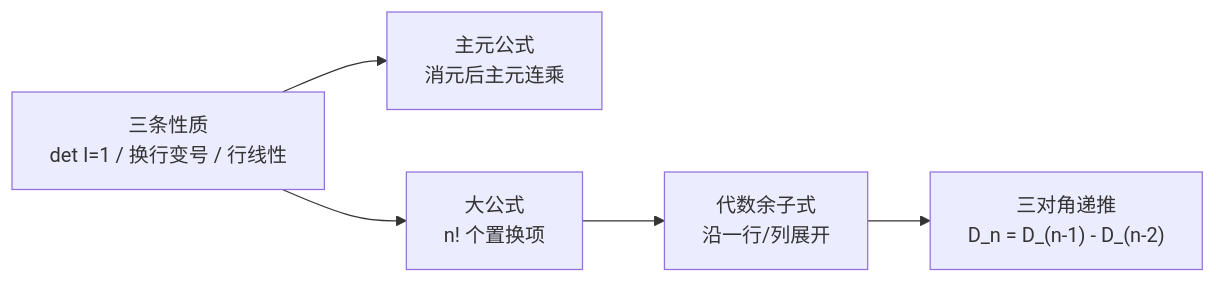
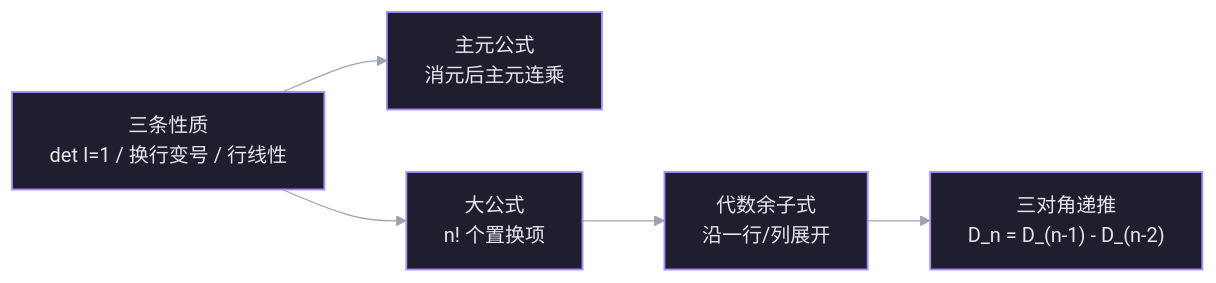
Before and after one commit to Korotomx/STD: the diagram in Math/Linear Algebra/STDY/L17 行列式公式与代数余子式.md, drawn with Mermaid. The commit also changed 51 other files, not shown here.

````diff
--- a/Math/Linear Algebra/STDY/L17 行列式公式与代数余子式.md
+++ b/Math/Linear Algebra/STDY/L17 行列式公式与代数余子式.md
@@ -230,7 +230,10 @@
 ```mermaid
+%%{init: {'theme':'base','themeCSS':'.nodeLabel{color:#E5E7EB!important;fill:#E5E7EB!important}.edgeLabel p{background-color:#131312!important}.edgeLabel{color:#E5E7EB!important}svg{background:transparent!important}','themeVariables':{'primaryColor':'#1E1E2E','primaryTextColor':'#E5E7EB','primaryBorderColor':'#A78BFA','secondaryColor':'#1E1E2E','tertiaryColor':'#1E1E2E','lineColor':'#9CA3AF','textColor':'#E5E7EB','mainBkg':'#1E1E2E','nodeBorder':'#A78BFA','clusterBkg':'#131312','clusterBorder':'#3A3A4A','edgeLabelBackground':'#131312','actorBkg':'#1E1E2E','actorBorder':'#A78BFA','actorTextColor':'#E5E7EB','actorLineColor':'#9CA3AF','signalColor':'#9CA3AF','signalTextColor':'#E5E7EB','labelBoxBkgColor':'#1E1E2E','labelBoxBorderColor':'#A78BFA','labelTextColor':'#E5E7EB','loopTextColor':'#E5E7EB','noteBkgColor':'#1E1E2E','noteBorderColor':'#A78BFA','noteTextColor':'#E5E7EB','stateBkg':'#1E1E2E','stateBorder':'#A78BFA','stateTextColor':'#E5E7EB','transitionColor':'#9CA3AF','transitionLabelColor':'#E5E7EB','fontFamily':'Noto Sans CJK SC, sans-serif','fontSize':'16px'}}}%%
 flowchart LR
     P["三条性质<br/>det I=1 / 换行变号 / 行线性"] --> E["主元公式<br/>消元后主元连乘"]
     P --> B["大公式<br/>n! 个置换项"]
     B --> C["代数余子式<br/>沿一行/列展开"]
     C --> R["三对角递推<br/>D_n = D_(n-1) - D_(n-2)"]
+classDef default fill:#1E1E2E,stroke:#A78BFA,stroke-width:1.5px,color:#E5E7EB
+linkStyle default stroke:#9CA3AF
 ```
````
